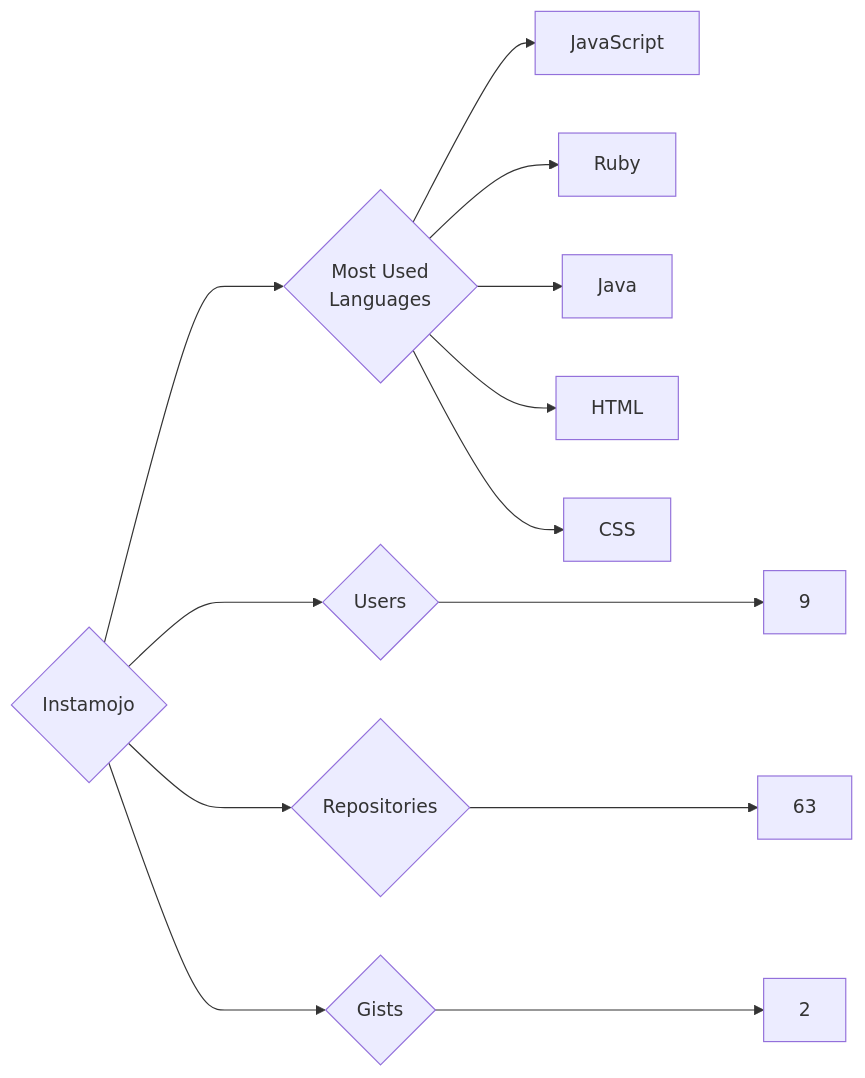
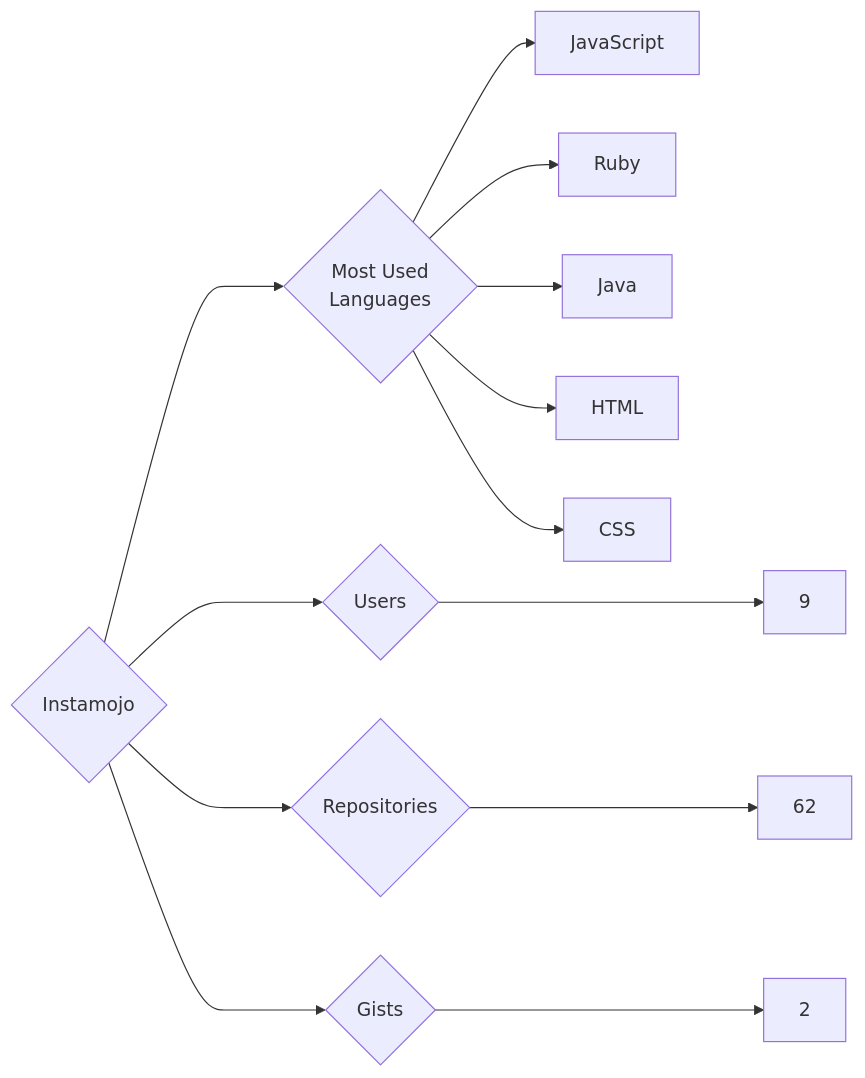
The diagram in targets/Instamojo/README.md (trickest/insiders), drawn with Mermaid before and after one commit. The commit also changed 1055 other files, not shown here.

````diff
--- a/targets/Instamojo/README.md
+++ b/targets/Instamojo/README.md
@@ -3,13 +3,13 @@
 ```mermaid
 graph LR
 COMPANY_NAME{Instamojo}
 COMPANY_NAME ---> U{Users} ---> UN[9]
-COMPANY_NAME ---> R{Repositories} ---> RN[63]
+COMPANY_NAME ---> R{Repositories} ---> RN[62]
 COMPANY_NAME ---> G{Gists} ---> GN[2]
 COMPANY_NAME ---> ML{Most Used<br>Languages}
 ML --> JavaScript[JavaScript]
 ML --> Ruby[Ruby]
 ML --> Java[Java]
 ML --> HTML[HTML]
 ML --> CSS[CSS]
 ```
````
